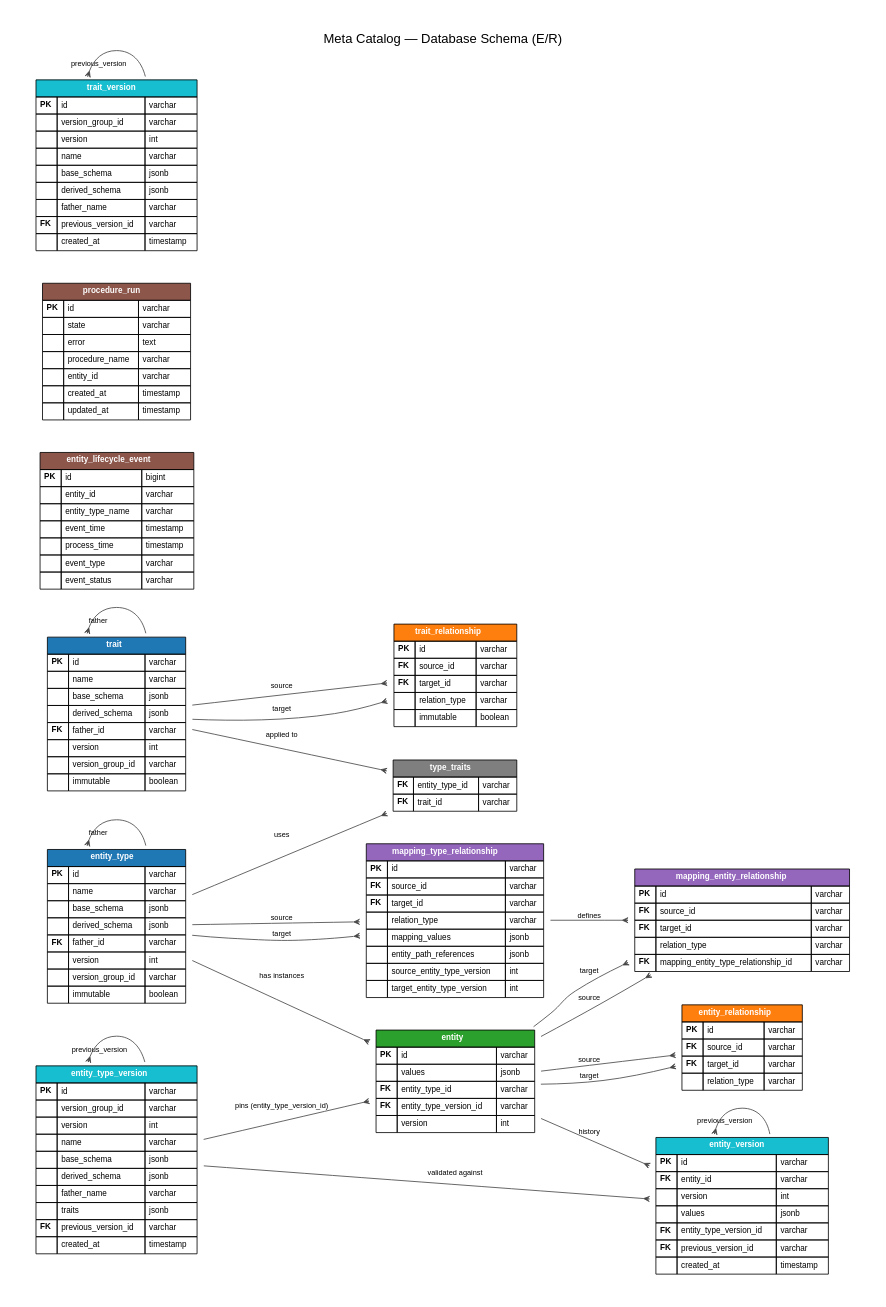
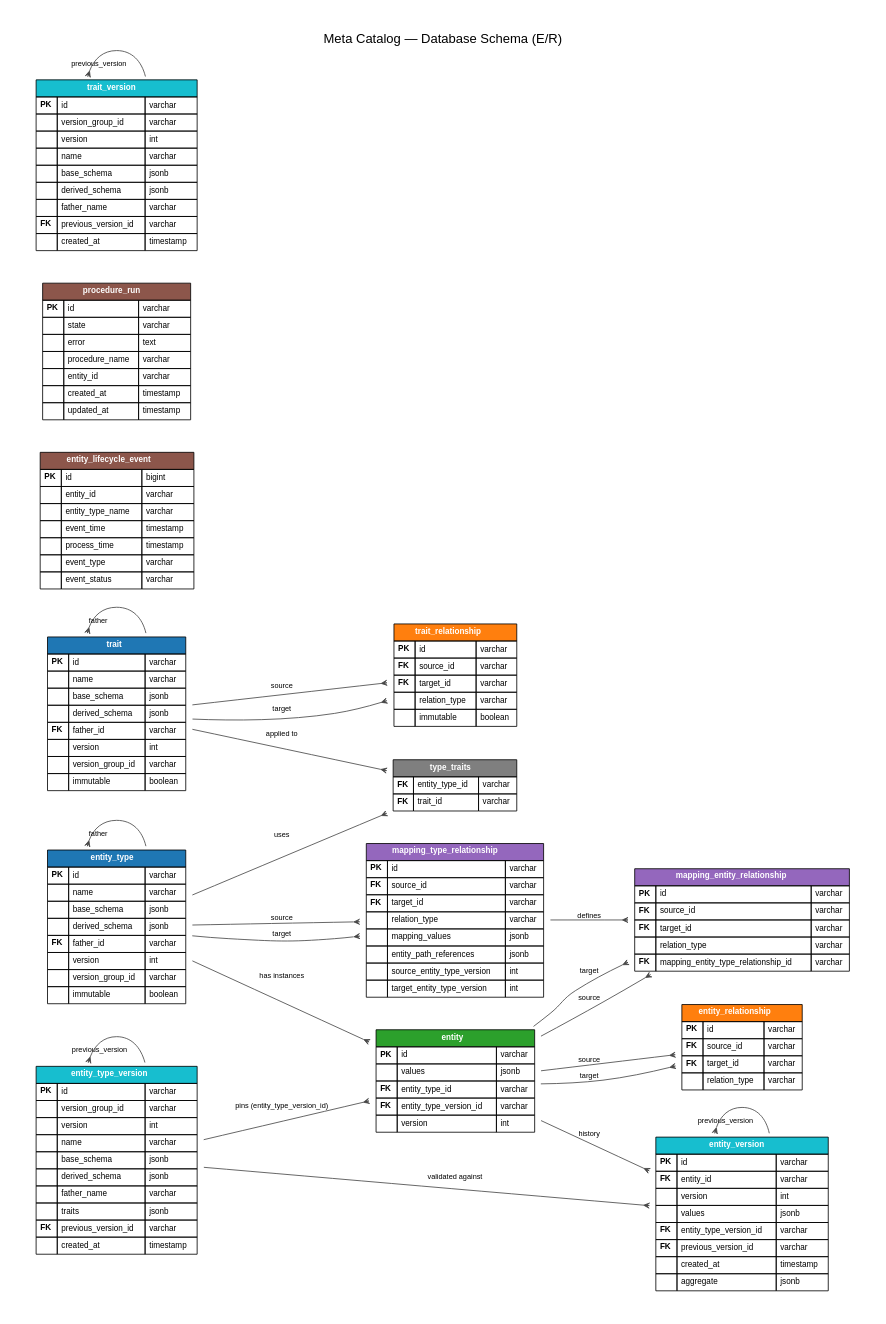
The diagram in docs/er-diagram.dot (dgreco/metacatalog), drawn with Graphviz before and after one commit. The commit also changed 23 other files, not shown here.

```diff
--- a/docs/er-diagram.dot
+++ b/docs/er-diagram.dot
@@ -73,6 +73,7 @@
             <TR><TD ALIGN="LEFT"><B>FK</B></TD><TD ALIGN="LEFT">entity_type_version_id</TD><TD ALIGN="LEFT">varchar</TD></TR>
             <TR><TD ALIGN="LEFT"><B>FK</B></TD><TD ALIGN="LEFT">previous_version_id</TD><TD ALIGN="LEFT">varchar</TD></TR>
             <TR><TD></TD><TD ALIGN="LEFT">created_at</TD><TD ALIGN="LEFT">timestamp</TD></TR>
+            <TR><TD></TD><TD ALIGN="LEFT">aggregate</TD><TD ALIGN="LEFT">jsonb</TD></TR>
         </TABLE>
     >];
 
```
